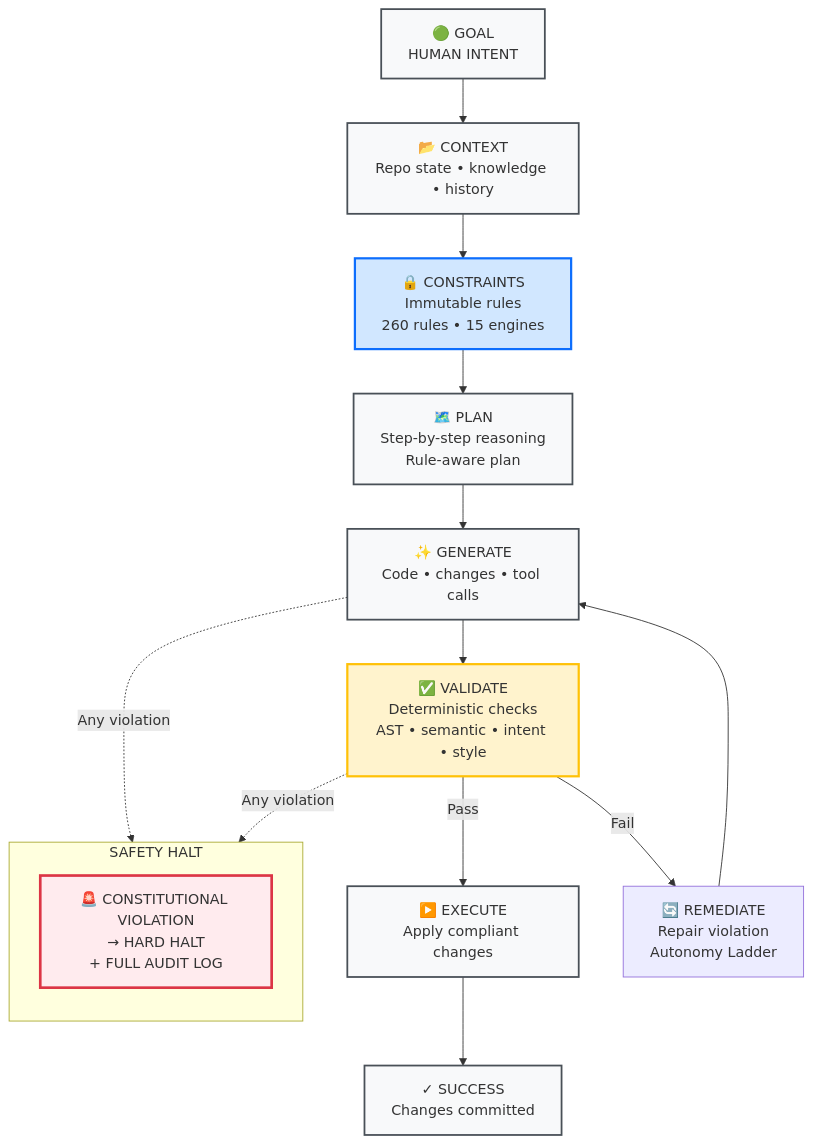
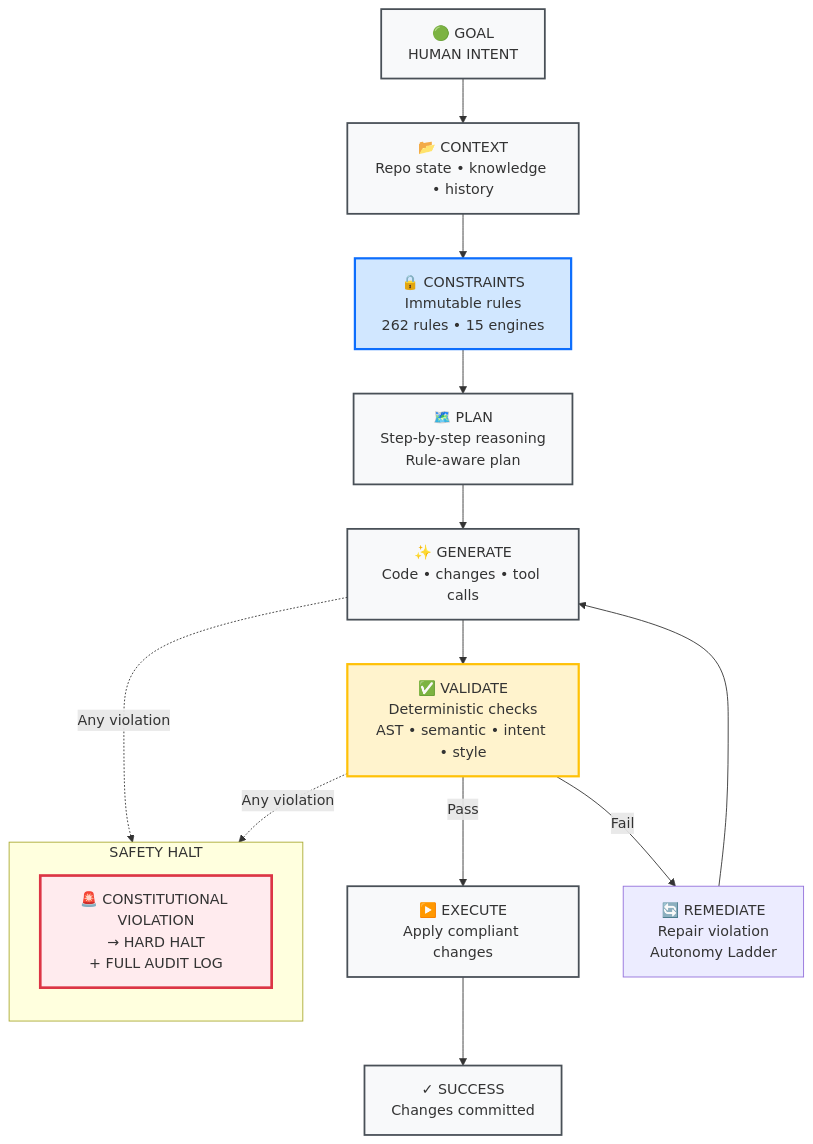
One commit to DariuszNewecki/CORE changed the diagram in README.md. Above: the diagram before and after it, drawn with Mermaid. The commit also changed other lines of this file and 23 other files, not shown here.

````diff
--- a/README.md
+++ b/README.md
@@ -178,30 +178,30 @@
 ```mermaid
 flowchart TD
     A["🟢 GOAL\nHUMAN INTENT"] --> B["📂 CONTEXT\nRepo state • knowledge • history"]
-    B --> C["🔒 CONSTRAINTS\nImmutable rules\n260 rules • 15 engines"]
+    B --> C["🔒 CONSTRAINTS\nImmutable rules\n262 rules • 15 engines"]
     C --> D["🗺️ PLAN\nStep-by-step reasoning\nRule-aware plan"]
     D --> E["✨ GENERATE\nCode • changes • tool calls"]
     E --> F["✅ VALIDATE\nDeterministic checks\nAST • semantic • intent • style"]
     F -->|Pass| G["▶️ EXECUTE\nApply compliant changes"]
     F -->|Fail| H["🔄 REMEDIATE\nRepair violation\nAutonomy Ladder"]
     H --> E
     G --> I["✓ SUCCESS\nChanges committed"]
 
     subgraph "SAFETY HALT"
         direction TB
         J["🚨 CONSTITUTIONAL VIOLATION\n→ HARD HALT\n+ FULL AUDIT LOG"]
     end
 
     E -.->|Any violation| J
     F -.->|Any violation| J
 
     classDef phase      fill:#f8f9fa,stroke:#495057,stroke-width:2px
     classDef constraint fill:#d1e7ff,stroke:#0d6efd,stroke-width:2.5px
     classDef validate   fill:#fff3cd,stroke:#ffc107,stroke-width:2.5px
     classDef halt       fill:#ffebee,stroke:#dc3545,stroke-width:3px
 
     class A,B,D,E,G,I phase
     class C constraint
     class F validate
     class J halt
 ```
````
